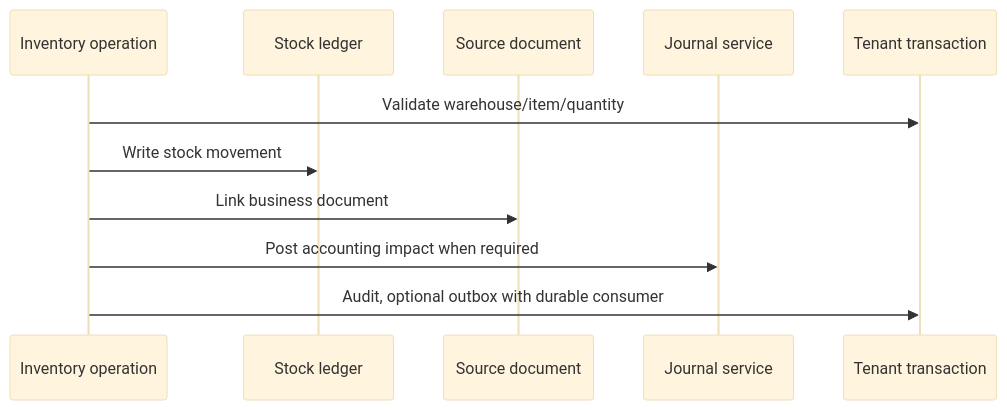
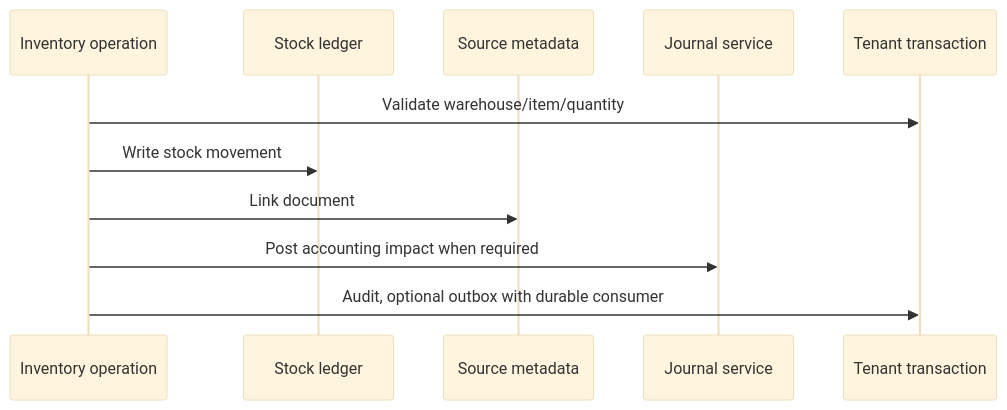
The second of 2 diagrams in docs/superpowers/plans/2026-06-16-phase-09-trade-inventory-import-export-detailed-plan.md (isherbuilds/edernal-books), drawn with Mermaid (base theme) before and after one commit. The commit also changed other lines of this file and 44 other files, not shown here.

````diff
--- a/docs/superpowers/plans/2026-06-16-phase-09-trade-inventory-import-export-detailed-plan.md
+++ b/docs/superpowers/plans/2026-06-16-phase-09-trade-inventory-import-export-detailed-plan.md
@@ -28,14 +33,14 @@
 ```mermaid
 sequenceDiagram
   participant Ops as Inventory operation
   participant Stock as Stock ledger
-  participant Doc as Source document
+  participant Doc as Source metadata
   participant Ledger as Journal service
   participant DB as Tenant transaction
 
   Ops->>DB: Validate warehouse/item/quantity
   Ops->>Stock: Write stock movement
-  Ops->>Doc: Link business document
+  Ops->>Doc: Link document
   Ops->>Ledger: Post accounting impact when required
   Ops->>DB: Audit, optional outbox with durable consumer
 ```
````
